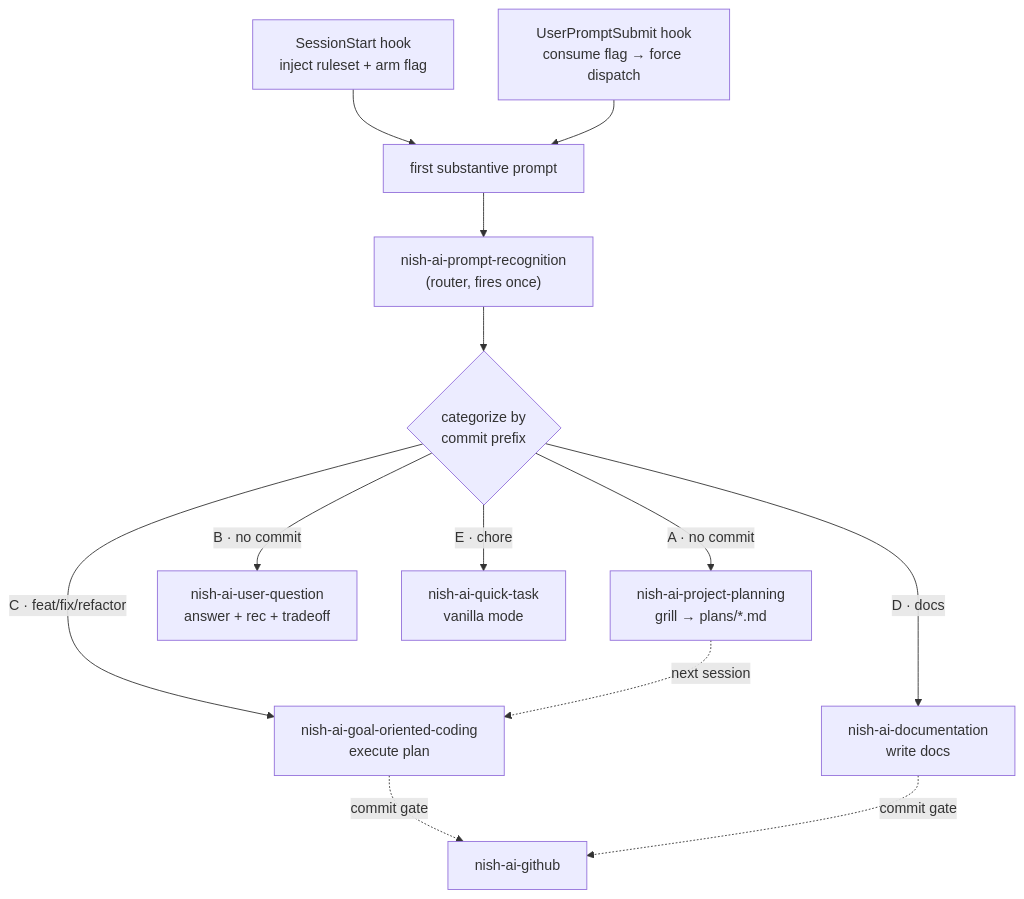
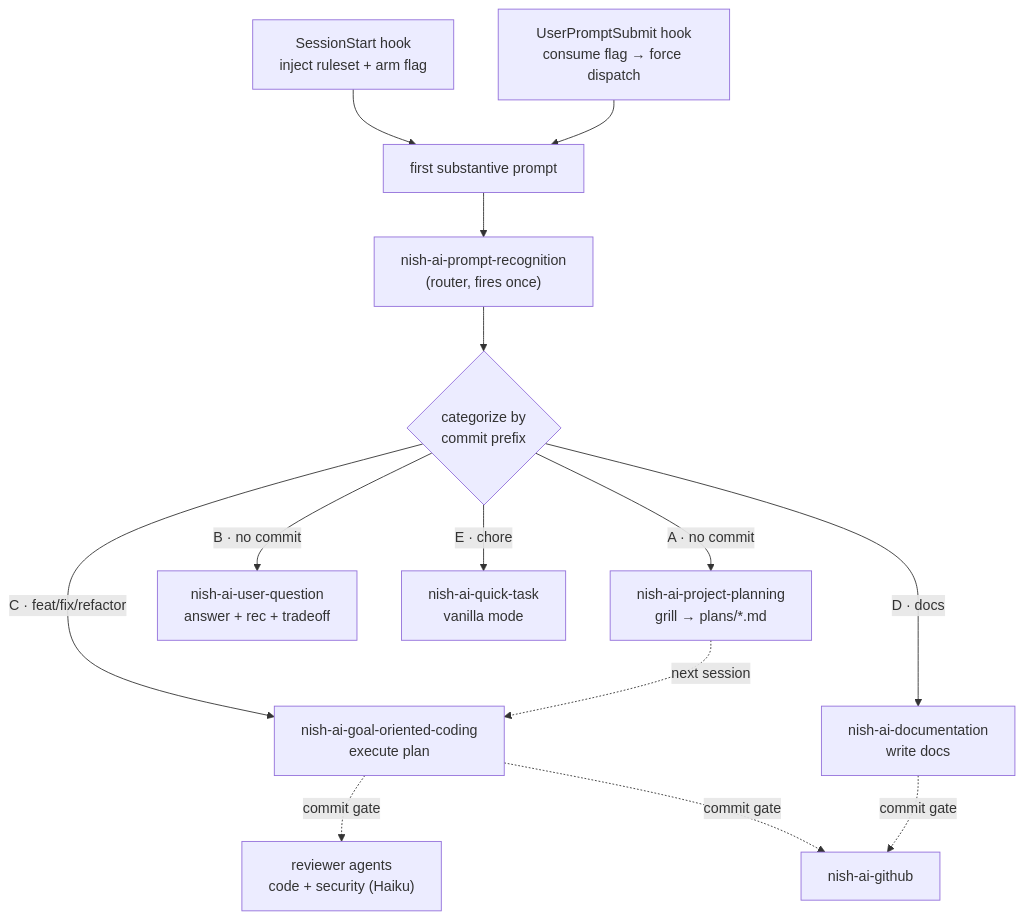
The second of 3 diagrams in README.md (ubunish/nish-ai), drawn with Mermaid before and after one commit. The commit also changed other lines of this file, not shown here.

Commit message:
docs: document reviewer layer

````diff
--- a/README.md
+++ b/README.md
@@ -121,17 +138,18 @@
 ```mermaid
 flowchart TD
     SS["SessionStart hook<br/>inject ruleset + arm flag"] --> P1["first substantive prompt"]
     UP["UserPromptSubmit hook<br/>consume flag → force dispatch"] --> P1
     P1 --> R["nish-ai-prompt-recognition<br/>(router, fires once)"]
     R --> CAT{"categorize by<br/>commit prefix"}
 
     CAT -->|A · no commit| PLAN["nish-ai-project-planning<br/>grill → plans/*.md"]
     CAT -->|B · no commit| QN["nish-ai-user-question<br/>answer + rec + tradeoff"]
     CAT -->|C · feat/fix/refactor| GOC["nish-ai-goal-oriented-coding<br/>execute plan"]
     CAT -->|D · docs| DOC["nish-ai-documentation<br/>write docs"]
     CAT -->|E · chore| QT["nish-ai-quick-task<br/>vanilla mode"]
 
+    GOC -.commit gate.-> RV["reviewer agents<br/>code + security (Haiku)"]
     GOC -.commit gate.-> GH["nish-ai-github"]
     DOC -.commit gate.-> GH
     PLAN -.next session.-> GOC
 ```
````
